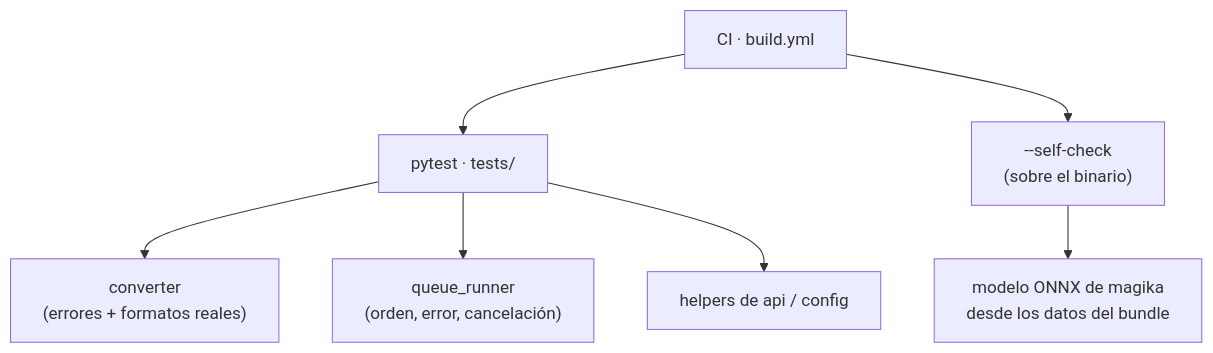
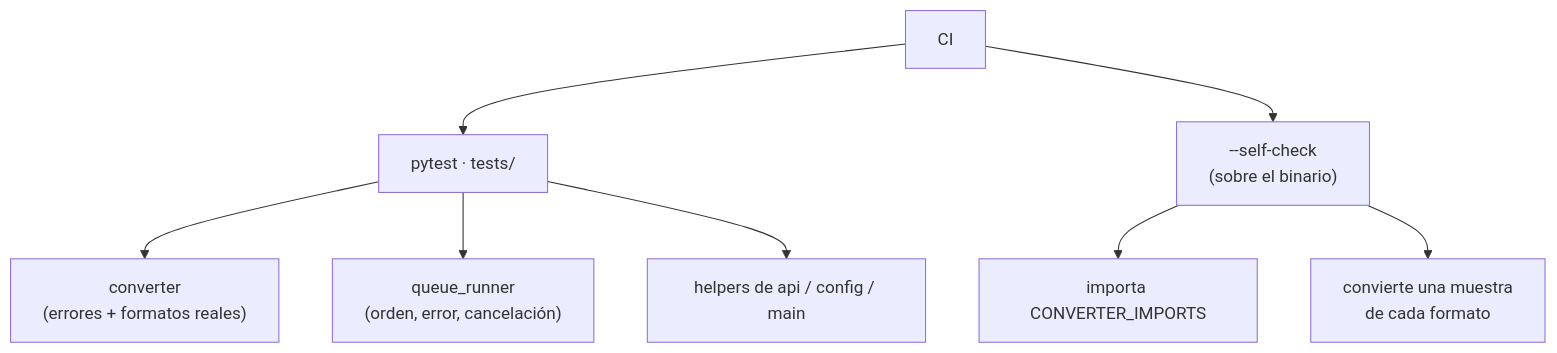
Before and after one commit to YERCKEN/tomarkdown: the diagram in docs/guias/pruebas.md, drawn with Mermaid. The commit also changed other lines of this file and 11 other files, not shown here.

First line of the commit message:
test(self-check): verificar imports de converters y convertir una muestra de cada formato

````diff
--- a/docs/guias/pruebas.md
+++ b/docs/guias/pruebas.md
@@ -7,9 +7,10 @@
 ```mermaid
 graph TD;
     PT["pytest · tests/"] --> CONV["converter<br/>(errores + formatos reales)"];
     PT --> QR["queue_runner<br/>(orden, error, cancelación)"];
-    PT --> HELP["helpers de api / config"];
-    SELF["--self-check<br/>(sobre el binario)"] --> MAGIKA["modelo ONNX de magika<br/>desde los datos del bundle"];
-    CI["CI · build.yml"] --> PT;
+    PT --> HELP["helpers de api / config / main"];
+    SELF["--self-check<br/>(sobre el binario)"] --> IMP["importa CONVERTER_IMPORTS"];
+    SELF --> SAMPLES["convierte una muestra<br/>de cada formato"];
+    CI["CI"] --> PT;
     CI --> SELF;
 ```
````
